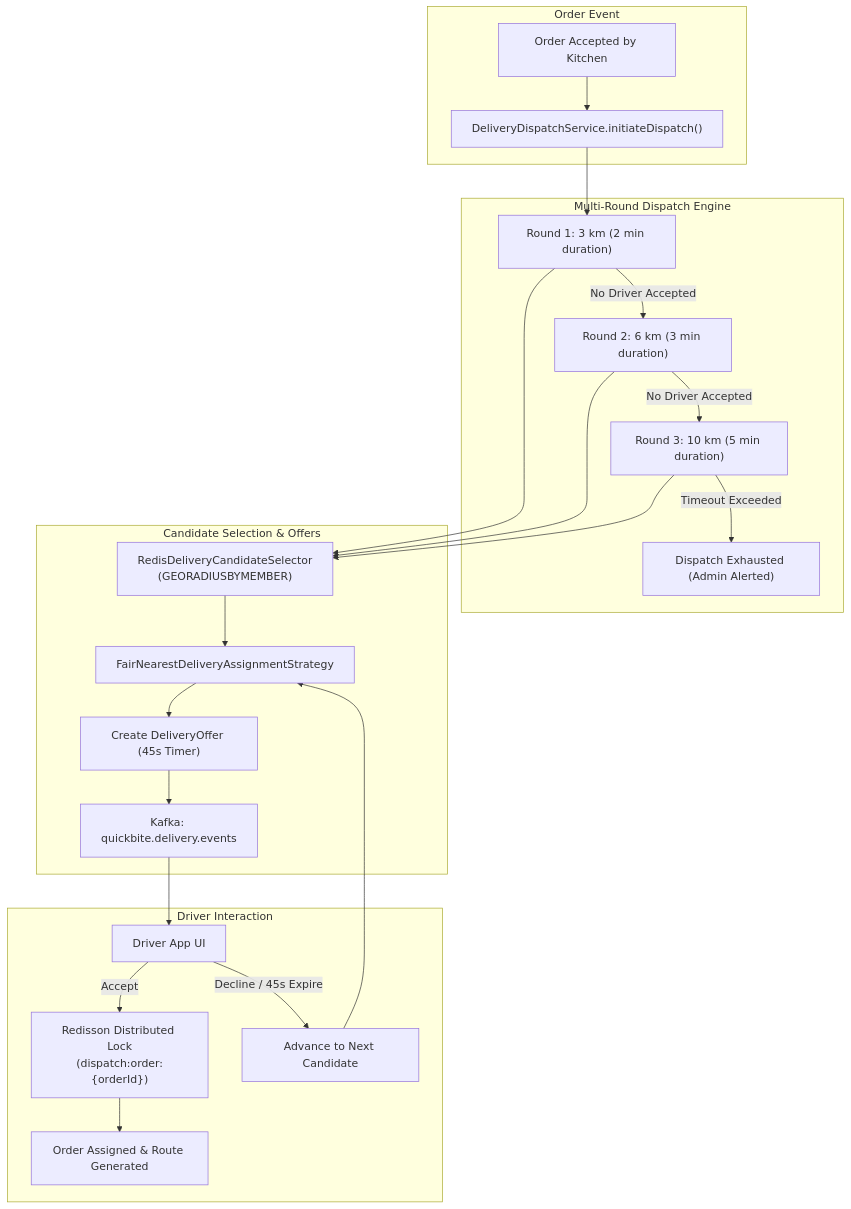
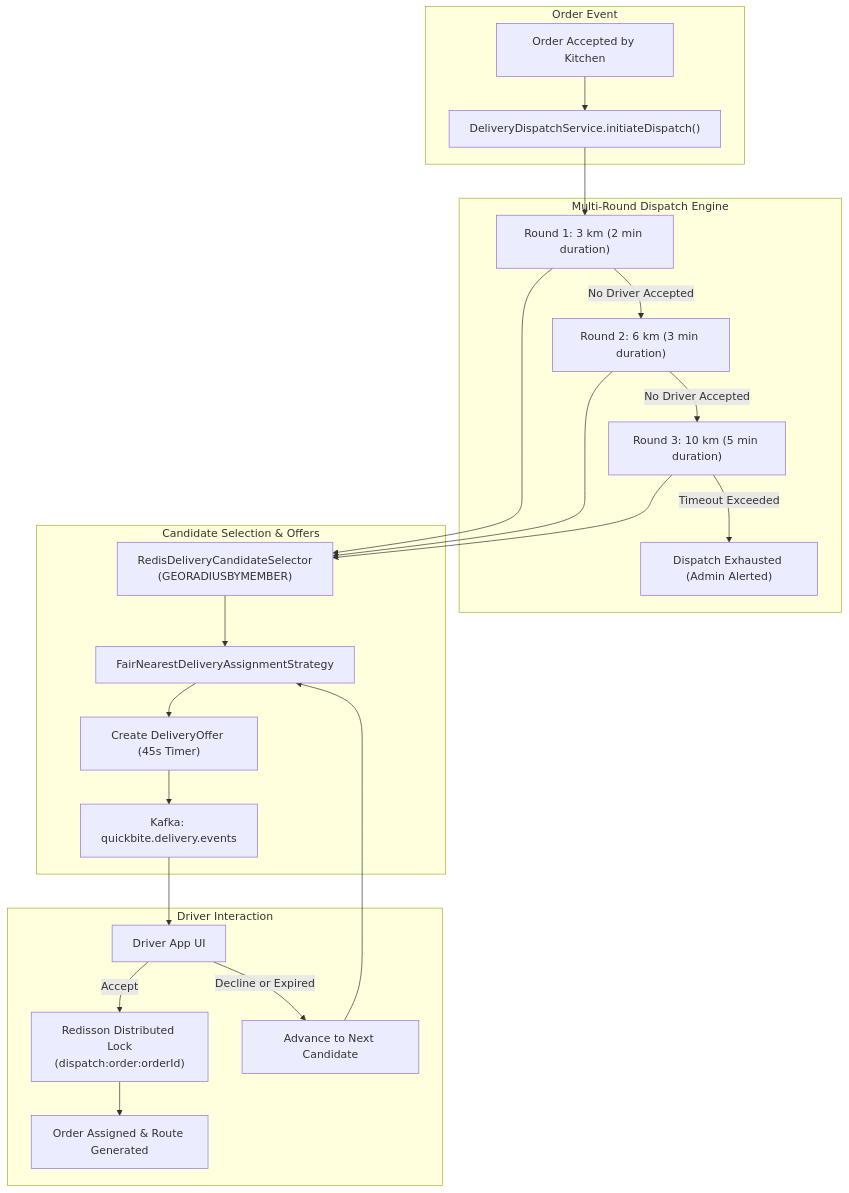
One commit to eshant52/quickbite-backend changed the first of 3 diagrams in docs/dispatch-and-routing.md. Above: the diagram before and after it, drawn with Mermaid. The commit also changed other lines of this file and 8 other files, not shown here.

First line of the commit message:
docs: add order lifecycle guide and update architecture documentation

````diff
--- a/docs/dispatch-and-routing.md
+++ b/docs/dispatch-and-routing.md
@@ -11,28 +11,28 @@
 ```mermaid
 flowchart TB
     subgraph OrderFlow["Order Event"]
         Accepted["Order Accepted by Kitchen"] --> DispatchTrigger["DeliveryDispatchService.initiateDispatch()"]
     end
 
     subgraph DispatchEngine["Multi-Round Dispatch Engine"]
         DispatchTrigger --> Round1["Round 1: 3 km (2 min duration)"]
         Round1 -->|No Driver Accepted| Round2["Round 2: 6 km (3 min duration)"]
         Round2 -->|No Driver Accepted| Round3["Round 3: 10 km (5 min duration)"]
         Round3 -->|Timeout Exceeded| Exhausted["Dispatch Exhausted (Admin Alerted)"]
     end
 
     subgraph CandidateSelection["Candidate Selection & Offers"]
         Round1 & Round2 & Round3 --> CandidateSelector["RedisDeliveryCandidateSelector<br/>(GEORADIUSBYMEMBER)"]
         CandidateSelector --> AssignStrategy["FairNearestDeliveryAssignmentStrategy"]
         AssignStrategy --> OfferCreated["Create DeliveryOffer (45s Timer)"]
         OfferCreated --> DriverNotification["Kafka: quickbite.delivery.events"]
     end
 
     subgraph DriverAction["Driver Interaction"]
         DriverNotification --> DriverApp["Driver App UI"]
-        DriverApp -->|Accept| RedissonLock["Redisson Distributed Lock<br/>(dispatch:order:{orderId})"]
-        DriverApp -->|Decline / 45s Expire| NextCandidate["Advance to Next Candidate"]
+        DriverApp -->|Accept| RedissonLock["Redisson Distributed Lock<br/>(dispatch:order:orderId)"]
+        DriverApp -->|Decline or Expired| NextCandidate["Advance to Next Candidate"]
         NextCandidate --> AssignStrategy
         RedissonLock --> Assigned["Order Assigned & Route Generated"]
     end
 ```
````
